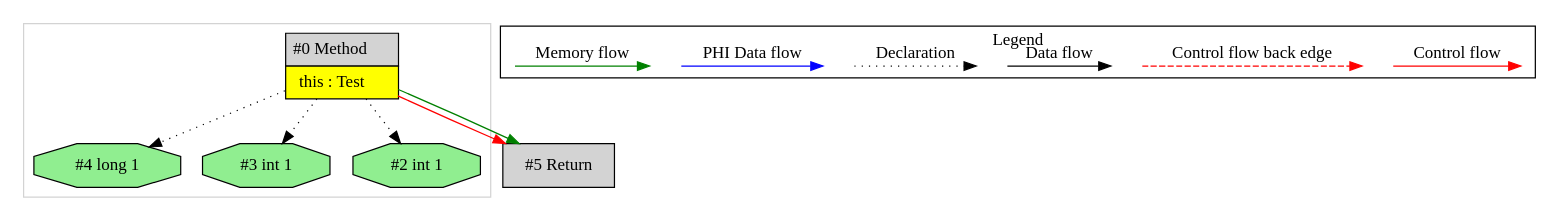
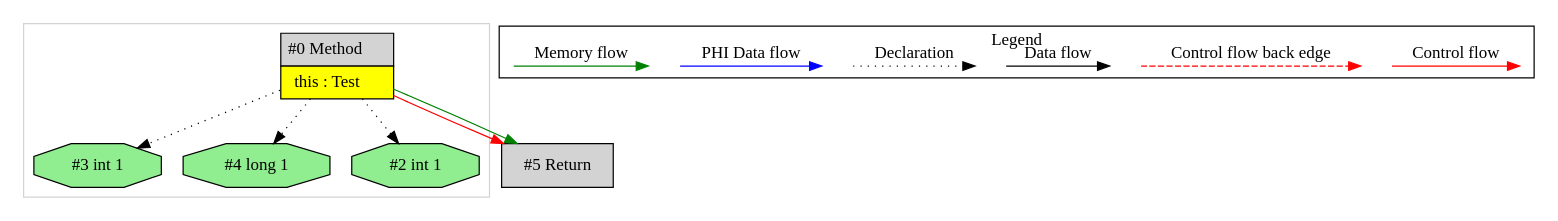
Before and after one commit to mirkosertic/MetaIR: the diagram in de.mirkosertic.metair.ir.OpcodeDUP2X2Test/test_DUP2X2_form2/ir.dot, drawn with Graphviz. The commit also changed other lines of this file and 1368 other files, not shown here.

```diff
--- a/de.mirkosertic.metair.ir.OpcodeDUP2X2Test/test_DUP2X2_form2/ir.dot
+++ b/de.mirkosertic.metair.ir.OpcodeDUP2X2Test/test_DUP2X2_form2/ir.dot
@@ -1,46 +1,46 @@
 digraph {
  ordering="in";
  node0[margin="0", label=<<table border="0" cellborder="1" cellspacing="0" cellpadding="5"><tr><td colspan="1">#0 Method</td></tr><tr><td port="prj1" bgcolor="yellow">this : Test</td></tr></table>>,shape=none, fillcolor=lightgrey, style=filled];
+ node3[label="#3 int 1",shape=octagon, fillcolor=lightgreen, style=filled];
+ node0 -> node3[style=dotted];
  node4[label="#4 long 1",shape=octagon, fillcolor=lightgreen, style=filled];
  node0 -> node4[style=dotted];
- node3[label="#3 int 1",shape=octagon, fillcolor=lightgreen, style=filled];
- node0 -> node3[style=dotted];
  node5[label="#5 Return",shape=box, fillcolor=lightgrey, style=filled];
  node0 -> node5[labeldistance=2, color=red, fontcolor=red];
  node0 -> node5[labeldistance=2, color=green, constraint=false];
  node2[label="#2 int 1",shape=octagon, fillcolor=lightgreen, style=filled];
  node0 -> node2[style=dotted];
  subgraph cluster_0 {
   color=lightgray;
   node0;
   node2;
   node3;
   node4;
  }
  subgraph cluster_000 {
   label = "Legend";
   node [shape=point]
   {
    rank=same;
    c0 [style = invis];
    c1 [style = invis];
    c2 [style = invis];
    c3 [style = invis];
    d0 [style = invis];
    d1 [style = invis];
    d2 [style = invis];
    d3 [style = invis];
    d4 [style = invis];
    d5 [style = invis];
    d6 [style = invis];
    d7 [style = invis];
   }
   c0 -> c1 [label="Control flow", style=solid, color=red]
   c2 -> c3 [label="Control flow back edge", style=dashed, color=red]
   d0 -> d1 [label="Data flow"]
   d2 -> d3 [label="Declaration", style=dotted]
   d4 -> d5 [label="PHI Data flow", color=blue]
   d6 -> d7 [label="Memory flow", color=green]
  }
 
 }
```
